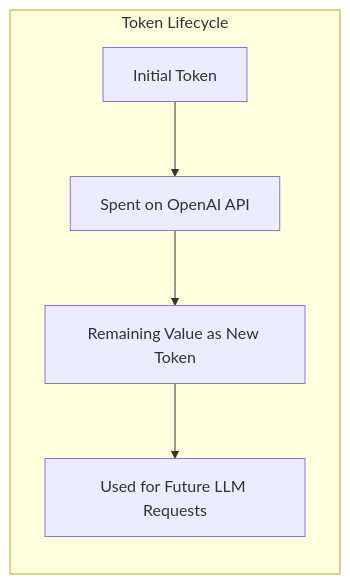
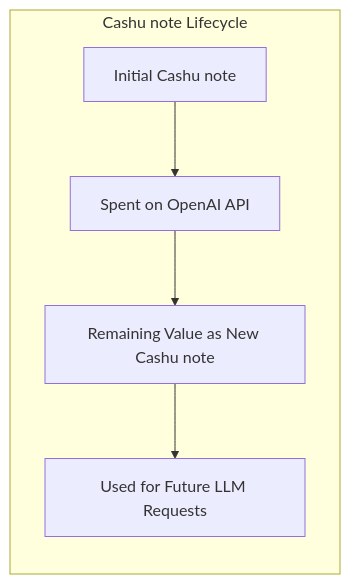
Before and after one commit to c03rad0r/otrta-ecash: the fourth of 4 diagrams in README.md, drawn with Mermaid. The commit also changed other lines of this file, not shown here.

````diff
--- a/README.md
+++ b/README.md
@@ -98,8 +102,8 @@
 ```mermaid
 flowchart LR
-    subgraph "Token Lifecycle"
-    I[Initial Token] --> J[Spent on OpenAI API]
-    J --> K[Remaining Value as New Token]
+    subgraph "Cashu note Lifecycle"
+    I[Initial Cashu note] --> J[Spent on OpenAI API]
+    J --> K[Remaining Value as New Cashu note]
     K --> L[Used for Future LLM Requests]
     end
 ```
````
